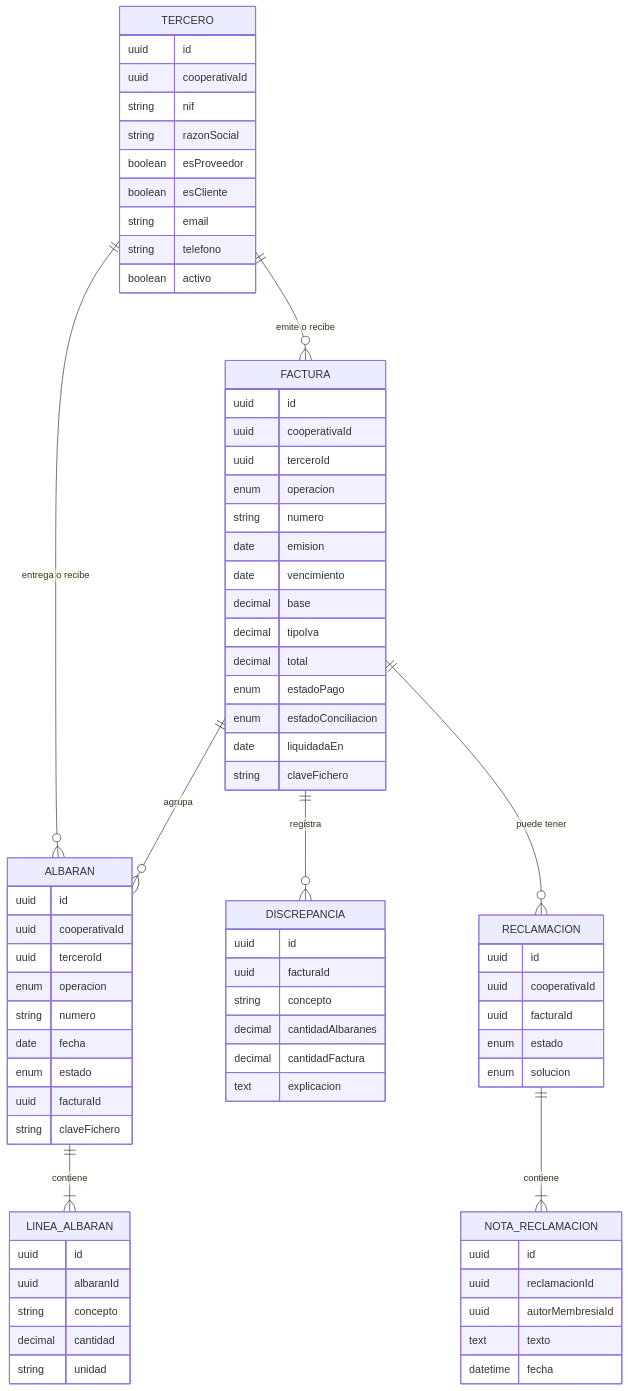
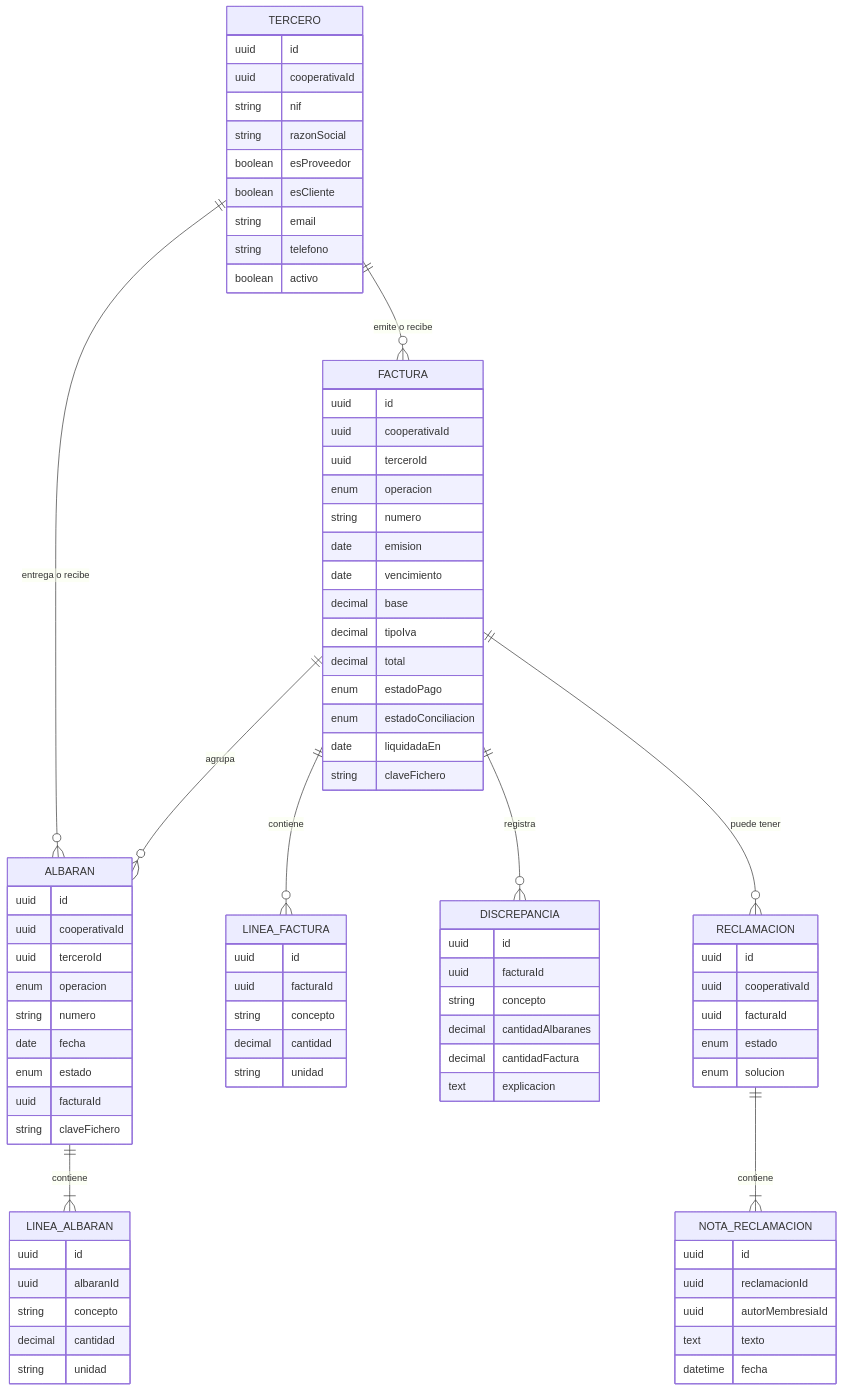
The third of 3 diagrams in Documentacion/requisitos/05-facturas-y-albaranes.md (chaparro2001/multiCooperativa), drawn with Mermaid before and after one commit. The commit also changed other lines of this file and 10 other files, not shown here.

```diff
--- a/Documentacion/requisitos/05-facturas-y-albaranes.md
+++ b/Documentacion/requisitos/05-facturas-y-albaranes.md
@@ -189,6 +195,7 @@
     TERCERO ||--o{ FACTURA : "emite o recibe"
     ALBARAN ||--|{ LINEA_ALBARAN : contiene
     FACTURA ||--o{ ALBARAN : agrupa
+    FACTURA ||--o{ LINEA_FACTURA : contiene
     FACTURA ||--o{ DISCREPANCIA : registra
     FACTURA ||--o{ RECLAMACION : "puede tener"
     RECLAMACION ||--|{ NOTA_RECLAMACION : contiene
@@ -238,6 +245,13 @@
         date liquidadaEn
         string claveFichero
     }
+    LINEA_FACTURA {
+        uuid id
+        uuid facturaId
+        string concepto
+        decimal cantidad
+        string unidad
+    }
     DISCREPANCIA {
         uuid id
         uuid facturaId
```
